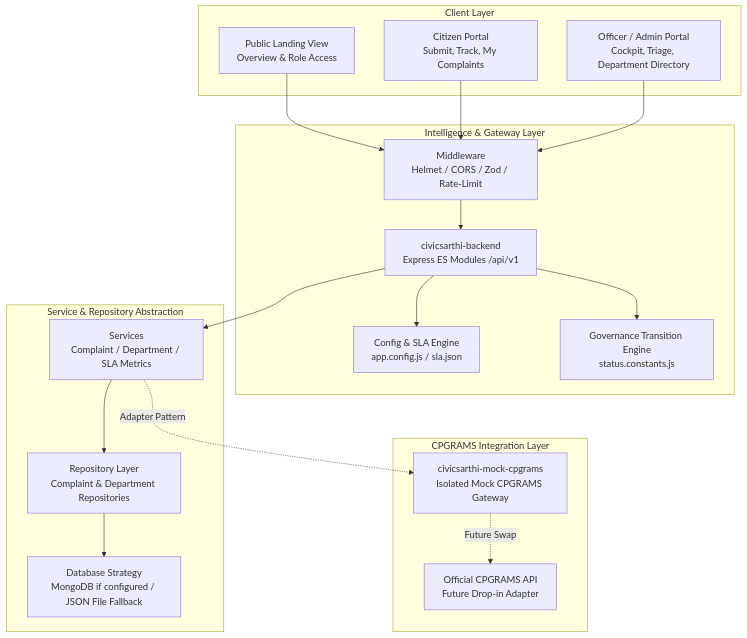
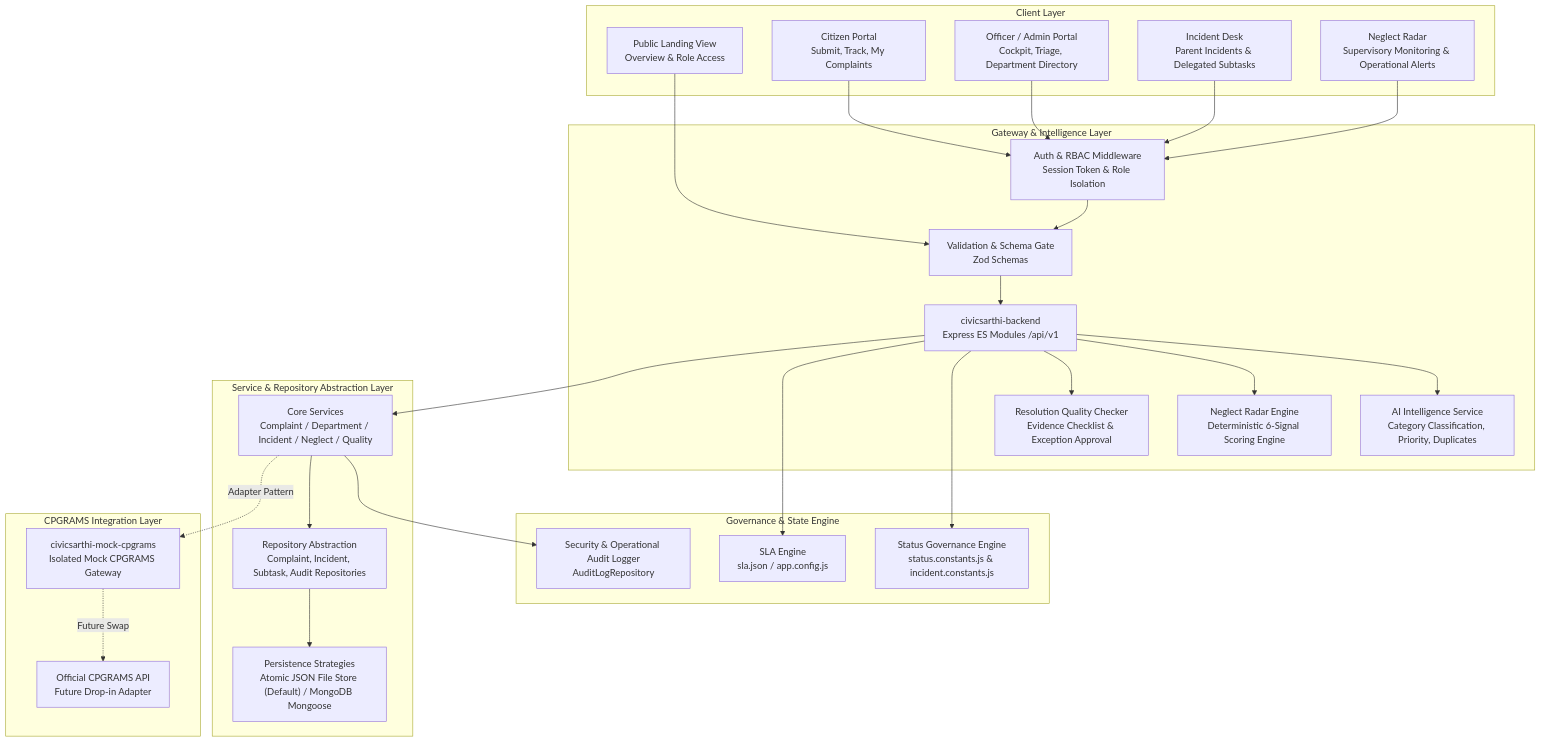
Before and after one commit to jiya25001126/CivicSarthi--Intelligent-Civic-Complaint-Incident-Resolution-System: the diagram in docs/architecture.md, drawn with Mermaid. The commit also changed other lines of this file and 4 other files, not shown here.

````diff
--- a/docs/architecture.md
+++ b/docs/architecture.md
@@ -19,38 +19,55 @@
 ```mermaid
 graph TD
     subgraph Client Layer
         LP["Public Landing View<br/>Overview & Role Access"]
         CP["Citizen Portal<br/>Submit, Track, My Complaints"]
         OP["Officer / Admin Portal<br/>Cockpit, Triage, Department Directory"]
+        IP["Incident Desk<br/>Parent Incidents & Delegated Subtasks"]
+        NR["Neglect Radar<br/>Supervisory Monitoring & Operational Alerts"]
     end
 
-    subgraph Intelligence & Gateway Layer
+    subgraph Gateway & Intelligence Layer
         BE["civicsarthi-backend<br/>Express ES Modules /api/v1"]
-        CONFIG["Config & SLA Engine<br/>app.config.js / sla.json"]
-        MW["Middleware<br/>Helmet / CORS / Zod / Rate-Limit"]
-        VAL["Governance Transition Engine<br/>status.constants.js"]
+        AUTH["Auth & RBAC Middleware<br/>Session Token & Role Isolation"]
+        VAL["Validation & Schema Gate<br/>Zod Schemas"]
+        AI["AI Intelligence Service<br/>Category Classification, Priority, Duplicates"]
+        RADAR["Neglect Radar Engine<br/>Deterministic 6-Signal Scoring Engine"]
+        RQC["Resolution Quality Checker<br/>Evidence Checklist & Exception Approval"]
     end
 
-    subgraph Service & Repository Abstraction
-        SRV["Services<br/>Complaint / Department / SLA Metrics"]
-        REPO["Repository Layer<br/>Complaint & Department Repositories"]
-        DB["Database Strategy<br/>MongoDB if configured / JSON File Fallback"]
+    subgraph Governance & State Engine
+        GOV["Status Governance Engine<br/>status.constants.js & incident.constants.js"]
+        SLA["SLA Engine<br/>sla.json / app.config.js"]
+        AUDIT["Security & Operational Audit Logger<br/>AuditLogRepository"]
+    end
+
+    subgraph Service & Repository Abstraction Layer
+        SRV["Core Services<br/>Complaint / Department / Incident / Neglect / Quality"]
+        REPO["Repository Abstraction<br/>Complaint, Incident, Subtask, Audit Repositories"]
+        DB["Persistence Strategies<br/>Atomic JSON File Store (Default) / MongoDB Mongoose"]
     end
 
     subgraph CPGRAMS Integration Layer
         MOCK["civicsarthi-mock-cpgrams<br/>Isolated Mock CPGRAMS Gateway"]
         REAL["Official CPGRAMS API<br/>Future Drop-in Adapter"]
     end
 
-    LP --> MW
-    CP --> MW
-    OP --> MW
-    MW --> BE
-    BE --> CONFIG
-    BE --> VAL
+    LP --> VAL
+    CP --> AUTH
+    OP --> AUTH
+    IP --> AUTH
+    NR --> AUTH
+    AUTH --> VAL
+    VAL --> BE
+    BE --> AI
+    BE --> RADAR
+    BE --> RQC
+    BE --> GOV
+    BE --> SLA
     BE --> SRV
+    SRV --> AUDIT
     SRV --> REPO
     REPO --> DB
     SRV -.->|Adapter Pattern| MOCK
     MOCK -.->|Future Swap| REAL
 ```
````
